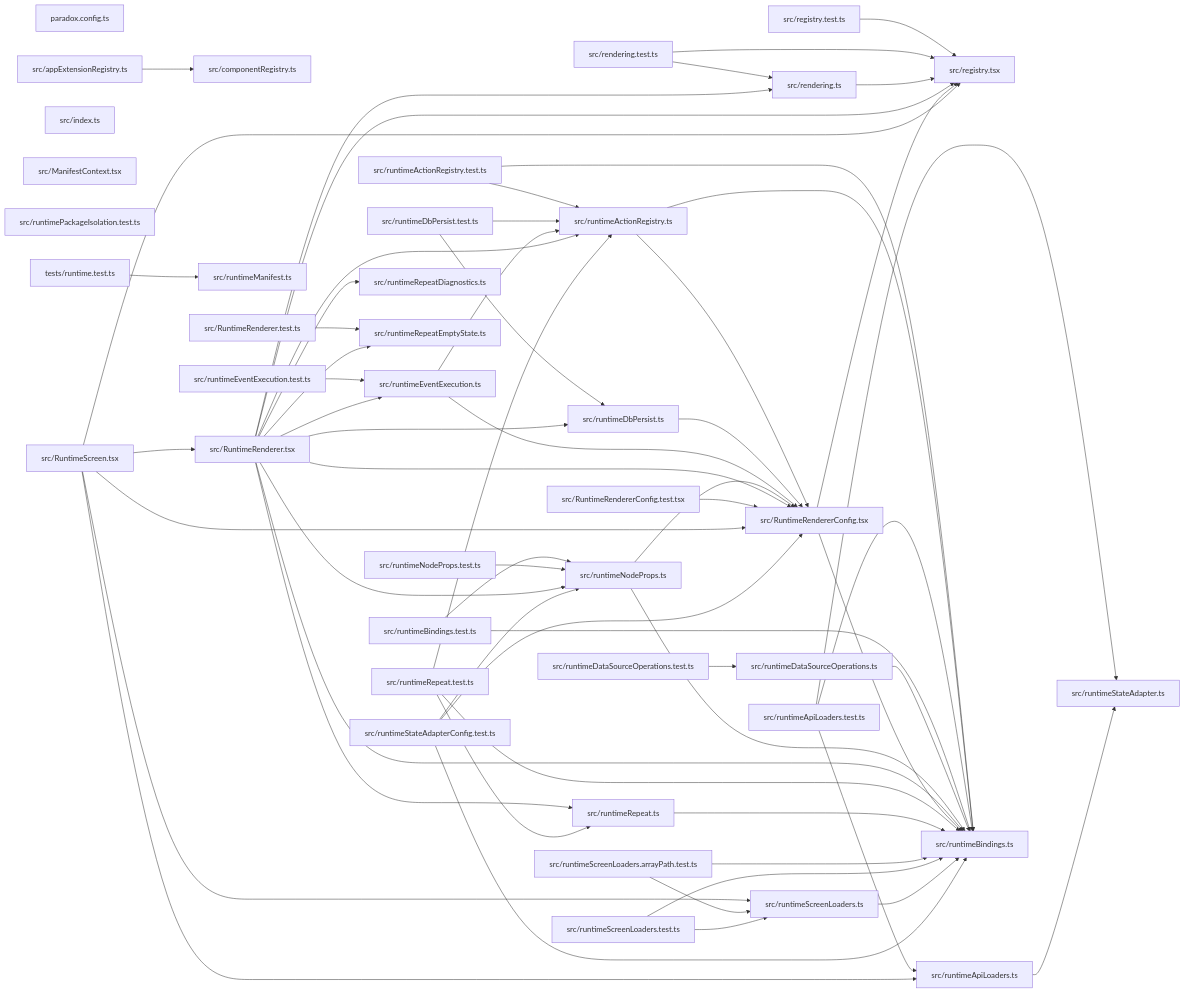
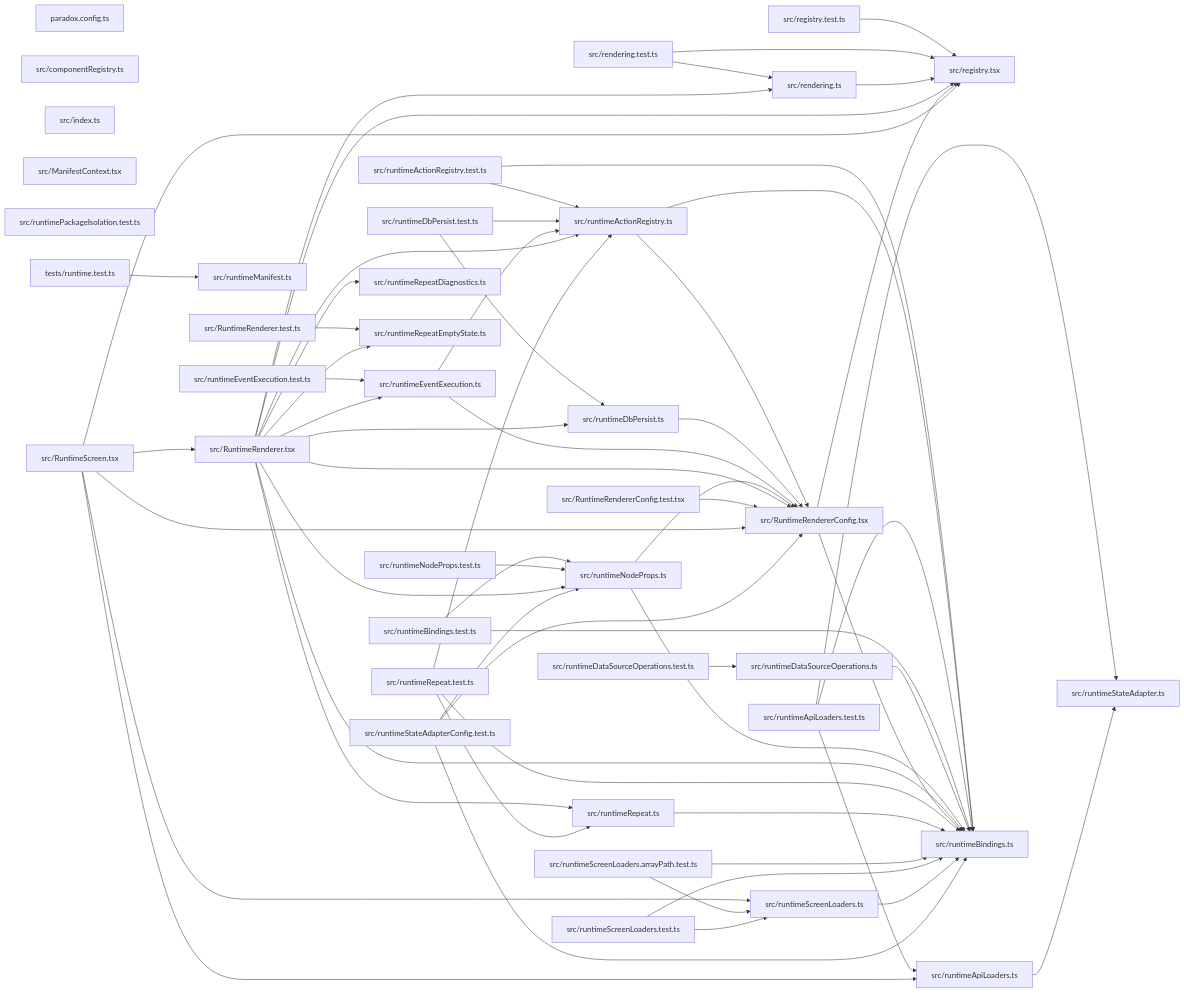
Before and after one commit to ankhorage/runtime: the diagram in paradox/diagrams/module-relationships.mmd, drawn with Mermaid. The commit also changed 13 other files, not shown here.

Commit message:
chore: Remove Runtime-owned concrete and app-extension component registry exports so hosts inject all component registries explicitly.

```diff
--- a/paradox/diagrams/module-relationships.mmd
+++ b/paradox/diagrams/module-relationships.mmd
@@ -1,100 +1,98 @@
 graph LR
   module_paradox_config_ts["paradox.config.ts"]
-  module_src_appExtensionRegistry_ts["src/appExtensionRegistry.ts"]
   module_src_componentRegistry_ts["src/componentRegistry.ts"]
   module_src_index_ts["src/index.ts"]
   module_src_ManifestContext_tsx["src/ManifestContext.tsx"]
   module_src_registry_test_ts["src/registry.test.ts"]
   module_src_registry_tsx["src/registry.tsx"]
   module_src_rendering_test_ts["src/rendering.test.ts"]
   module_src_rendering_ts["src/rendering.ts"]
   module_src_runtimeActionRegistry_test_ts["src/runtimeActionRegistry.test.ts"]
   module_src_runtimeActionRegistry_ts["src/runtimeActionRegistry.ts"]
   module_src_runtimeApiLoaders_test_ts["src/runtimeApiLoaders.test.ts"]
   module_src_runtimeApiLoaders_ts["src/runtimeApiLoaders.ts"]
   module_src_runtimeBindings_test_ts["src/runtimeBindings.test.ts"]
   module_src_runtimeBindings_ts["src/runtimeBindings.ts"]
   module_src_runtimeDataSourceOperations_test_ts["src/runtimeDataSourceOperations.test.ts"]
   module_src_runtimeDataSourceOperations_ts["src/runtimeDataSourceOperations.ts"]
   module_src_runtimeDbPersist_test_ts["src/runtimeDbPersist.test.ts"]
   module_src_runtimeDbPersist_ts["src/runtimeDbPersist.ts"]
   module_src_runtimeEventExecution_test_ts["src/runtimeEventExecution.test.ts"]
   module_src_runtimeEventExecution_ts["src/runtimeEventExecution.ts"]
   module_src_runtimeManifest_ts["src/runtimeManifest.ts"]
   module_src_runtimeNodeProps_test_ts["src/runtimeNodeProps.test.ts"]
   module_src_runtimeNodeProps_ts["src/runtimeNodeProps.ts"]
   module_src_runtimePackageIsolation_test_ts["src/runtimePackageIsolation.test.ts"]
   module_src_RuntimeRenderer_test_ts["src/RuntimeRenderer.test.ts"]
   module_src_RuntimeRenderer_tsx["src/RuntimeRenderer.tsx"]
   module_src_RuntimeRendererConfig_test_tsx["src/RuntimeRendererConfig.test.tsx"]
   module_src_RuntimeRendererConfig_tsx["src/RuntimeRendererConfig.tsx"]
   module_src_runtimeRepeat_test_ts["src/runtimeRepeat.test.ts"]
   module_src_runtimeRepeat_ts["src/runtimeRepeat.ts"]
   module_src_runtimeRepeatDiagnostics_ts["src/runtimeRepeatDiagnostics.ts"]
   module_src_runtimeRepeatEmptyState_ts["src/runtimeRepeatEmptyState.ts"]
   module_src_RuntimeScreen_tsx["src/RuntimeScreen.tsx"]
   module_src_runtimeScreenLoaders_arrayPath_test_ts["src/runtimeScreenLoaders.arrayPath.test.ts"]
   module_src_runtimeScreenLoaders_test_ts["src/runtimeScreenLoaders.test.ts"]
   module_src_runtimeScreenLoaders_ts["src/runtimeScreenLoaders.ts"]
   module_src_runtimeStateAdapter_ts["src/runtimeStateAdapter.ts"]
   module_src_runtimeStateAdapterConfig_test_ts["src/runtimeStateAdapterConfig.test.ts"]
   module_tests_runtime_test_ts["tests/runtime.test.ts"]
-  module_src_appExtensionRegistry_ts --> module_src_componentRegistry_ts
   module_src_registry_test_ts --> module_src_registry_tsx
   module_src_rendering_test_ts --> module_src_registry_tsx
   module_src_rendering_test_ts --> module_src_rendering_ts
   module_src_rendering_ts --> module_src_registry_tsx
   module_src_runtimeActionRegistry_test_ts --> module_src_runtimeActionRegistry_ts
   module_src_runtimeActionRegistry_test_ts --> module_src_runtimeBindings_ts
   module_src_runtimeActionRegistry_ts --> module_src_runtimeBindings_ts
   module_src_runtimeActionRegistry_ts --> module_src_RuntimeRendererConfig_tsx
   module_src_runtimeApiLoaders_test_ts --> module_src_runtimeApiLoaders_ts
   module_src_runtimeApiLoaders_test_ts --> module_src_runtimeBindings_ts
   module_src_runtimeApiLoaders_test_ts --> module_src_runtimeStateAdapter_ts
   module_src_runtimeApiLoaders_ts --> module_src_runtimeStateAdapter_ts
   module_src_runtimeBindings_test_ts --> module_src_runtimeBindings_ts
   module_src_runtimeBindings_test_ts --> module_src_runtimeNodeProps_ts
   module_src_runtimeDataSourceOperations_test_ts --> module_src_runtimeDataSourceOperations_ts
   module_src_runtimeDataSourceOperations_ts --> module_src_runtimeBindings_ts
   module_src_runtimeDbPersist_test_ts --> module_src_runtimeActionRegistry_ts
   module_src_runtimeDbPersist_test_ts --> module_src_runtimeDbPersist_ts
   module_src_runtimeDbPersist_ts --> module_src_RuntimeRendererConfig_tsx
   module_src_runtimeEventExecution_test_ts --> module_src_runtimeEventExecution_ts
   module_src_runtimeEventExecution_ts --> module_src_runtimeActionRegistry_ts
   module_src_runtimeEventExecution_ts --> module_src_RuntimeRendererConfig_tsx
   module_src_runtimeNodeProps_test_ts --> module_src_runtimeNodeProps_ts
   module_src_runtimeNodeProps_ts --> module_src_runtimeBindings_ts
   module_src_runtimeNodeProps_ts --> module_src_RuntimeRendererConfig_tsx
   module_src_RuntimeRenderer_test_ts --> module_src_runtimeRepeatEmptyState_ts
   module_src_RuntimeRenderer_tsx --> module_src_registry_tsx
   module_src_RuntimeRenderer_tsx --> module_src_rendering_ts
   module_src_RuntimeRenderer_tsx --> module_src_runtimeActionRegistry_ts
   module_src_RuntimeRenderer_tsx --> module_src_runtimeBindings_ts
   module_src_RuntimeRenderer_tsx --> module_src_runtimeDbPersist_ts
   module_src_RuntimeRenderer_tsx --> module_src_runtimeEventExecution_ts
   module_src_RuntimeRenderer_tsx --> module_src_runtimeNodeProps_ts
   module_src_RuntimeRenderer_tsx --> module_src_RuntimeRendererConfig_tsx
   module_src_RuntimeRenderer_tsx --> module_src_runtimeRepeat_ts
   module_src_RuntimeRenderer_tsx --> module_src_runtimeRepeatDiagnostics_ts
   module_src_RuntimeRenderer_tsx --> module_src_runtimeRepeatEmptyState_ts
   module_src_RuntimeRendererConfig_test_tsx --> module_src_RuntimeRendererConfig_tsx
   module_src_RuntimeRendererConfig_tsx --> module_src_registry_tsx
   module_src_RuntimeRendererConfig_tsx --> module_src_runtimeBindings_ts
   module_src_runtimeRepeat_test_ts --> module_src_runtimeActionRegistry_ts
   module_src_runtimeRepeat_test_ts --> module_src_runtimeBindings_ts
   module_src_runtimeRepeat_test_ts --> module_src_runtimeRepeat_ts
   module_src_runtimeRepeat_ts --> module_src_runtimeBindings_ts
   module_src_RuntimeScreen_tsx --> module_src_registry_tsx
   module_src_RuntimeScreen_tsx --> module_src_runtimeApiLoaders_ts
   module_src_RuntimeScreen_tsx --> module_src_RuntimeRenderer_tsx
   module_src_RuntimeScreen_tsx --> module_src_RuntimeRendererConfig_tsx
   module_src_RuntimeScreen_tsx --> module_src_runtimeScreenLoaders_ts
   module_src_runtimeScreenLoaders_arrayPath_test_ts --> module_src_runtimeBindings_ts
   module_src_runtimeScreenLoaders_arrayPath_test_ts --> module_src_runtimeScreenLoaders_ts
   module_src_runtimeScreenLoaders_test_ts --> module_src_runtimeBindings_ts
   module_src_runtimeScreenLoaders_test_ts --> module_src_runtimeScreenLoaders_ts
   module_src_runtimeScreenLoaders_ts --> module_src_runtimeBindings_ts
   module_src_runtimeStateAdapterConfig_test_ts --> module_src_runtimeBindings_ts
   module_src_runtimeStateAdapterConfig_test_ts --> module_src_runtimeNodeProps_ts
   module_src_runtimeStateAdapterConfig_test_ts --> module_src_RuntimeRendererConfig_tsx
   module_tests_runtime_test_ts --> module_src_runtimeManifest_ts
```
